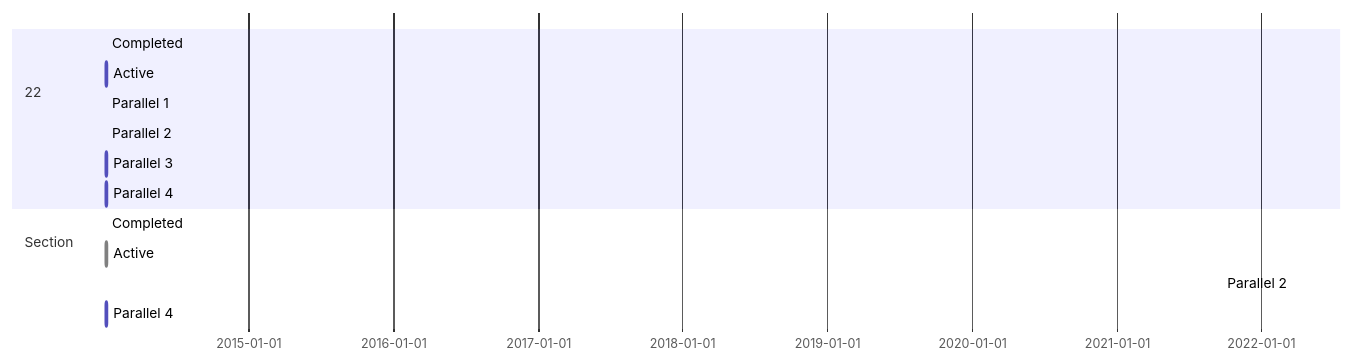
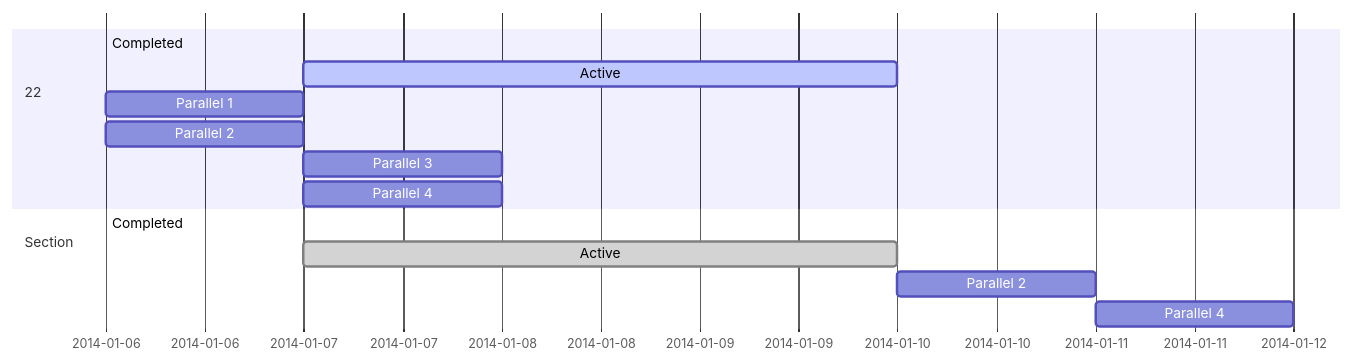
The second of 4 diagrams in taon.top/content/post/markdonw.md (taontech/www), drawn with Mermaid before and after one commit. The commit also changed other lines of this file, not shown here.

````diff
--- a/taon.top/content/post/markdonw.md
+++ b/taon.top/content/post/markdonw.md
@@ -20,15 +20,15 @@
 ```mermaid
 gantt
 section Section
 Completed :done,    des1, 2014-01-06,2014-01-08
 Active        :active,  des2, 2014-01-07, 3d
 Parallel 1   :         des3, after des1, 1d
 Parallel 2   :         des4, after des1, 1d
 Parallel 3   :         des5, after des3, 1d
 Parallel 4   :         des6, after des4, 1d
 section 22
-Completed :         done,    des1, 2014-01-06,2014-01-08
-Active        :     done,  des2, 2014-01-07, 3d
-Parallel 2   :         des, after Completed, 1d
-Parallel 4   :         ssss, after des4, 1d
+Completed :         done,    d1, 2014-01-06,2014-01-09
+Active        :     done,  d2, 2014-01-07, 3d
+Parallel 2   :         d3, after d2, 1d
+Parallel 4   :         d4, after d3, 1d
 ```
````
